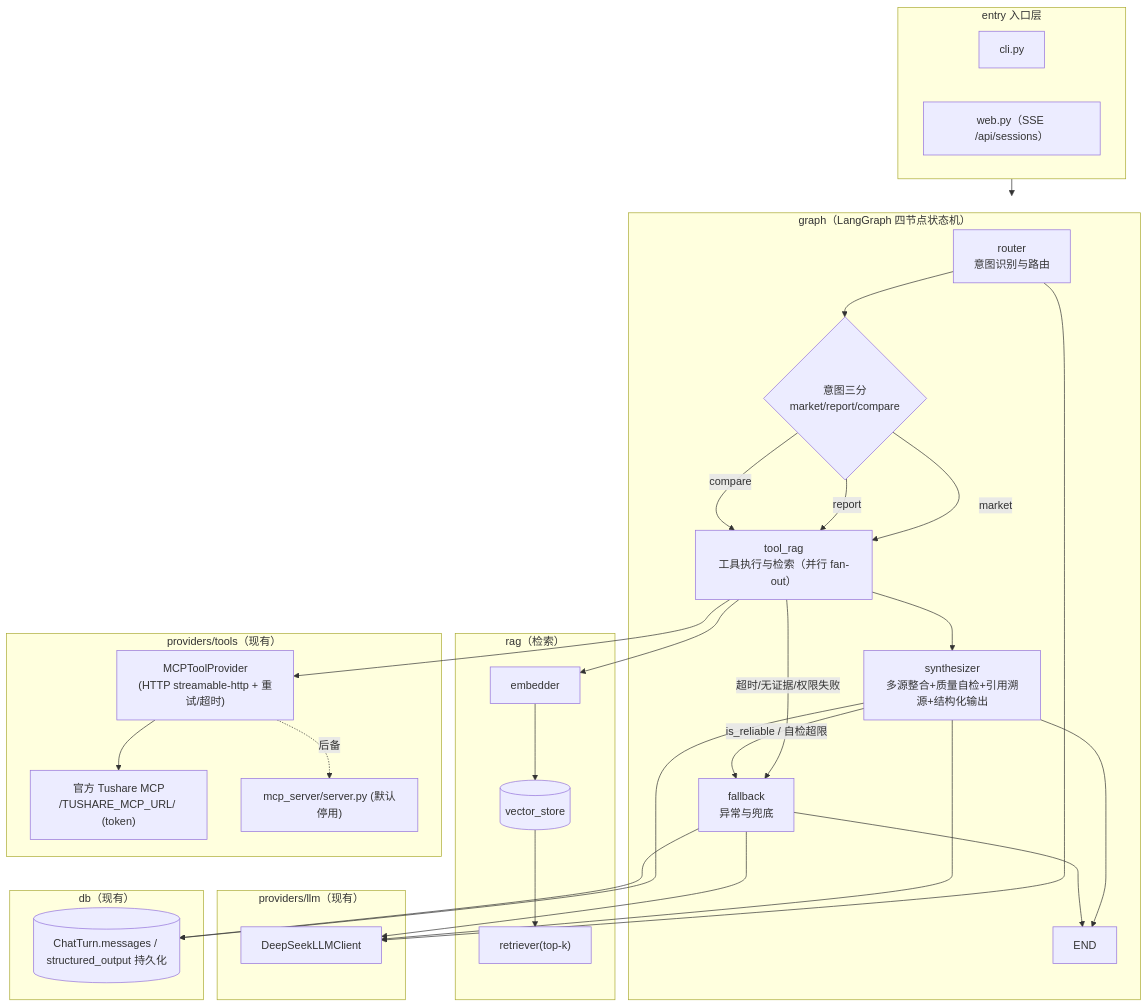
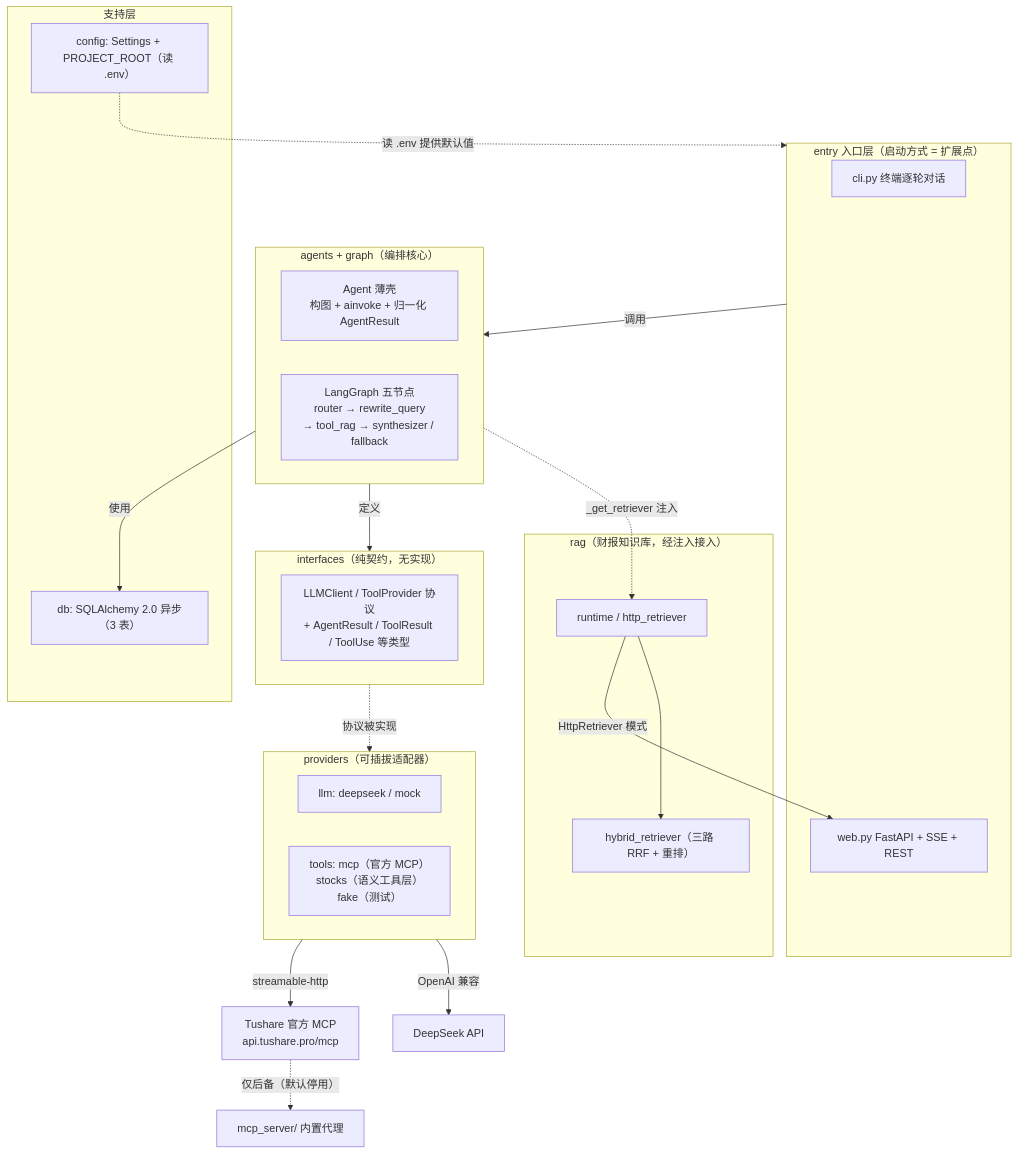
One commit to qiye-star/TushareAgent changed the first of 5 diagrams in docs/ARCHITECTURE.md. Above: the diagram before and after it, drawn with Mermaid. The commit also changed other lines of this file and 6 other files, not shown here.

First line of the commit message:
docs: 文档现状重构——架构/原理图重写、README 文档索引与陈旧行修复、CLAUDE.md 对齐代码

````diff
--- a/docs/ARCHITECTURE.md
+++ b/docs/ARCHITECTURE.md
@@ -95,36 +25,38 @@
 ```mermaid
 flowchart TB
-    subgraph Entry["entry 入口层"]
-        CLI["cli.py"] & WEB["web.py（SSE /api/sessions）"]
+    subgraph L1["entry 入口层（启动方式 = 扩展点）"]
+        CLI["cli.py 终端逐轮对话"]
+        WEB["web.py FastAPI + SSE + REST"]
     end
-    subgraph Graph["graph（LangGraph 四节点状态机）"]
-        ROUTER["router\n意图识别与路由"] --> SPLIT{"意图三分\nmarket/report/compare"}
-        SPLIT -->|market| TOOLRAG["tool_rag\n工具执行与检索（并行 fan-out）"]
-        SPLIT -->|report| TOOLRAG
-        SPLIT -->|compare| TOOLRAG
-        TOOLRAG --> SYNTH["synthesizer\n多源整合+质量自检+引用溯源+结构化输出"]
-        TOOLRAG -->|"超时/无证据/权限失败"| FB["fallback\n异常与兜底"]
-        SYNTH -->|"is_reliable / 自检超限"| FB
-        SYNTH --> OUT["END"]
-        FB --> OUT
+    subgraph L2["agents + graph（编排核心）"]
+        AG["Agent 薄壳<br/>构图 + ainvoke + 归一化 AgentResult"]
+        G["LangGraph 五节点<br/>router → rewrite_query<br/>→ tool_rag → synthesizer / fallback"]
     end
-    subgraph Rag["rag（检索）"]
-        TOOLRAG --> EMB["embedder"] --> VS[("vector_store")]
-        VS --> RET["retriever(top-k)"]
+    subgraph L3["interfaces（纯契约，无实现）"]
+        IF["LLMClient / ToolProvider 协议<br/>+ AgentResult / ToolResult / ToolUse 等类型"]
     end
-    subgraph Tools["providers/tools（现有）"]
-        TOOLRAG --> MCP["MCPToolProvider\n(HTTP streamable-http + 重试/超时)"]
-        MCP --> TSMCP["官方 Tushare MCP\n/TUSHARE_MCP_URL/ (token)"]
-        MCP -. 后备 .-> SRV["mcp_server/server.py (默认停用)"]
+    subgraph L4["providers（可插拔适配器）"]
+        LLM["llm: deepseek / mock"]
+        TOOL["tools: mcp（官方 MCP）<br/>stocks（语义工具层）<br/>fake（测试）"]
     end
-    subgraph LLM["providers/llm（现有）"]
-        ROUTER --> DS["DeepSeekLLMClient"]
-        SYNTH --> DS
-        FB --> DS
+    subgraph L5["rag（财报知识库，经注入接入）"]
+        RT["runtime / http_retriever"]
+        HR["hybrid_retriever（三路 RRF + 重排）"]
     end
-    subgraph DB["db（现有）"]
-        SYNTH --> PLAN[("ChatTurn.messages / structured_output 持久化")]
-        FB --> PLAN
+    subgraph L6["支持层"]
+        DB["db: SQLAlchemy 2.0 异步（3 表）"]
+        CFG["config: Settings + PROJECT_ROOT（读 .env）"]
     end
-    Entry --> Graph
+
+    L1 -->|调用| L2
+    L2 -->|定义| L3
+    L3 -.->|协议被实现| L4
+    L2 -->|使用| DB
+    L2 -.->|_get_retriever 注入| RT
+    RT -->|HttpRetriever 模式| WEB
+    RT --> HR
+    L4 -->|streamable-http| MCP["Tushare 官方 MCP<br/>api.tushare.pro/mcp"]
+    MCP -.->|仅后备（默认停用）| BAK["mcp_server/ 内置代理"]
+    L4 -->|OpenAI 兼容| DS["DeepSeek API"]
+    CFG -.->|读 .env 提供默认值| L1
 ```
````
